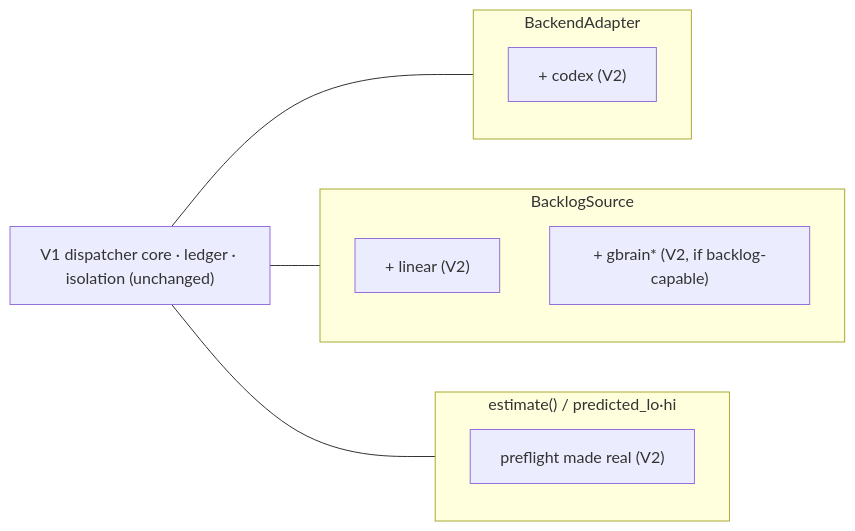
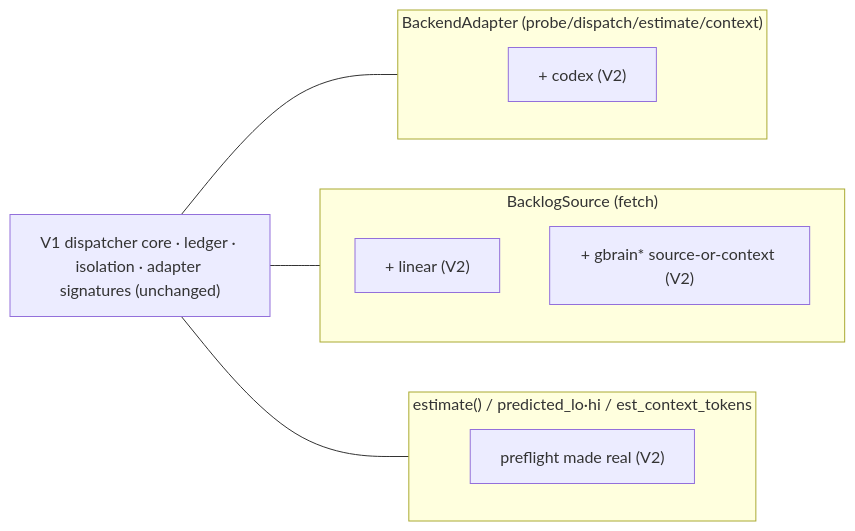
The fourth of 4 diagrams in docs/plans/2026-06-15-001-feat-nightsweeper-overnight-scheduler-plan.md (phdev/Nightsweeper), drawn with Mermaid before and after one commit. The commit also changed other lines of this file, not shown here.

````diff
--- a/docs/plans/2026-06-15-001-feat-nightsweeper-overnight-scheduler-plan.md
+++ b/docs/plans/2026-06-15-001-feat-nightsweeper-overnight-scheduler-plan.md
@@ -432,19 +445,19 @@
 ```mermaid
 flowchart LR
-  subgraph Seam1["BackendAdapter"]
+  subgraph Seam1["BackendAdapter (probe/dispatch/estimate/context)"]
     direction TB
     s1a["+ codex (V2)"]
   end
-  subgraph Seam2["BacklogSource"]
+  subgraph Seam2["BacklogSource (fetch)"]
     direction TB
     s2a["+ linear (V2)"]
-    s2b["+ gbrain* (V2, if backlog-capable)"]
+    s2b["+ gbrain* source-or-context (V2)"]
   end
-  subgraph Seam3["estimate() / predicted_lo·hi"]
+  subgraph Seam3["estimate() / predicted_lo·hi / est_context_tokens"]
     direction TB
     s3a["preflight made real (V2)"]
   end
-  V1["V1 dispatcher core · ledger · isolation (unchanged)"] --- Seam1
+  V1["V1 dispatcher core · ledger · isolation · adapter signatures (unchanged)"] --- Seam1
   V1 --- Seam2
   V1 --- Seam3
 ```
````
